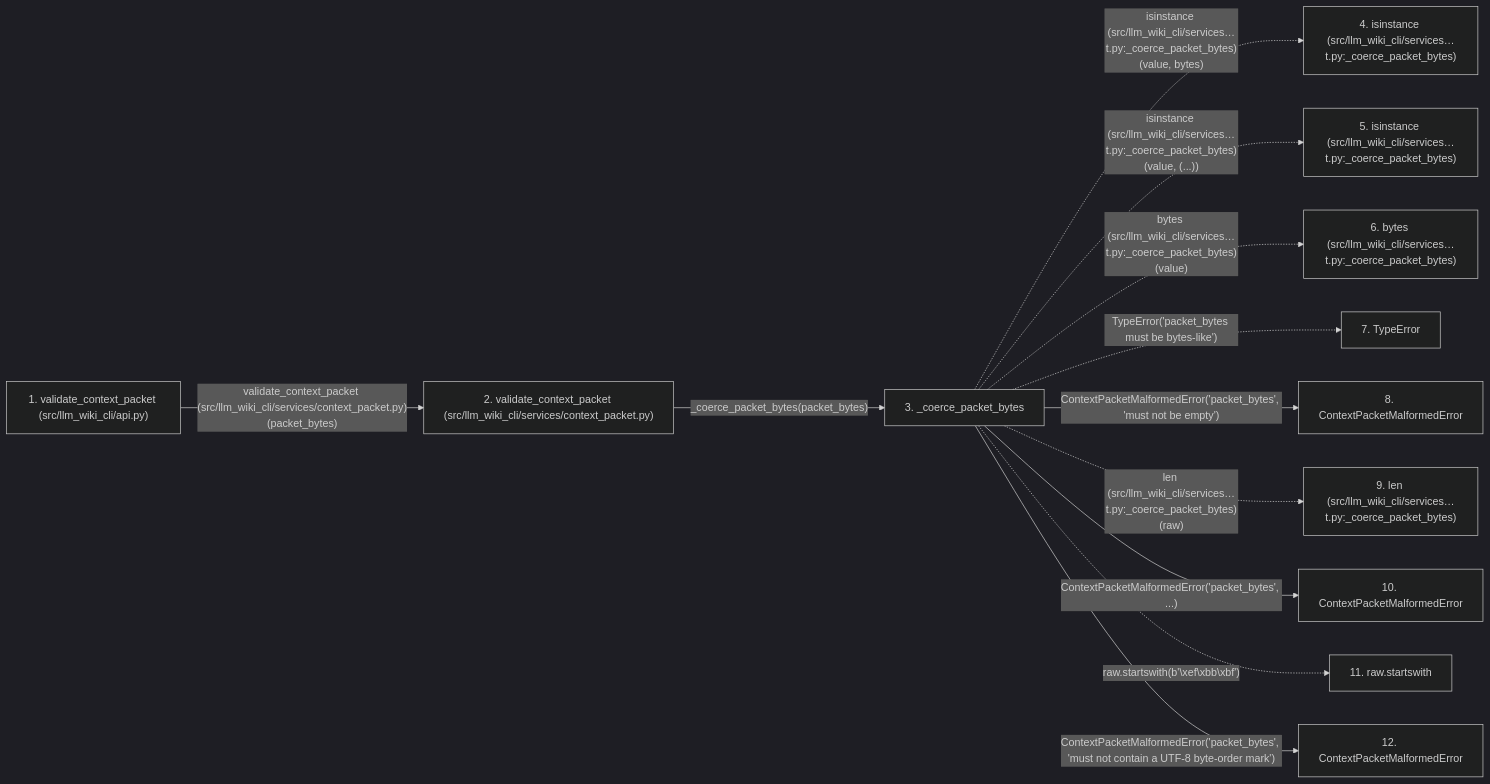
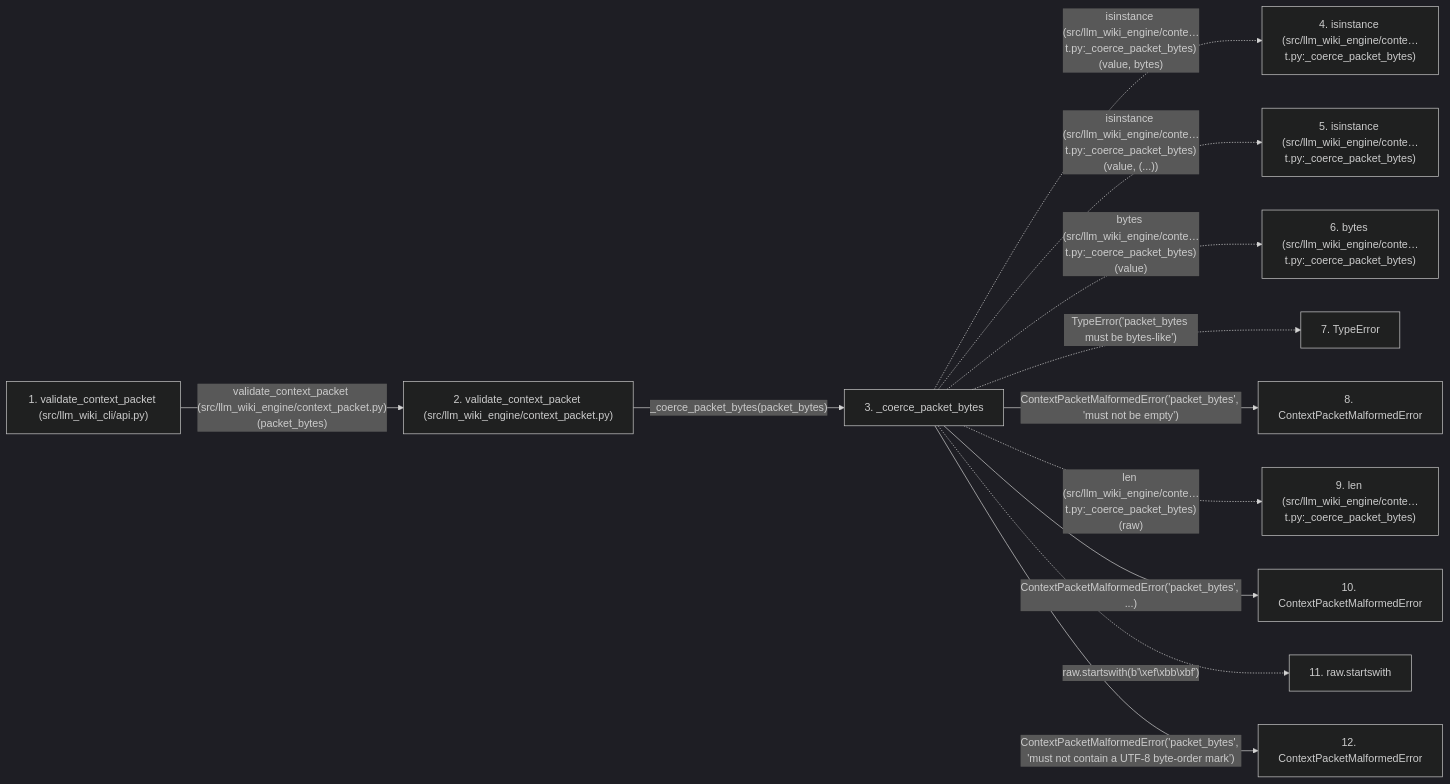
One commit to Denissvgn/python-wiki-llm changed the second of 2 diagrams in docs/llm_wiki/flows/api-validate_context_packet-api.md. Above: the diagram before and after it, drawn with Mermaid (dark theme). The commit also changed other lines of this file and 577 other files, not shown here.

Commit message:
docs: refresh the wiki for the engine context packet

````diff
--- a/docs/llm_wiki/flows/api-validate_context_packet-api.md
+++ b/docs/llm_wiki/flows/api-validate_context_packet-api.md
@@ -141,32 +141,32 @@
 ```mermaid
 flowchart LR
     s1["1. validate_context_packet (src/llm_wiki_cli/api.py)"]
-    s2["2. validate_context_packet (src/llm_wiki_cli/services/context_packet.py)"]
+    s2["2. validate_context_packet (src/llm_wiki_engine/context_packet.py)"]
     s3["3. _coerce_packet_bytes"]
-    s4["4. isinstance (src/llm_wiki_cli/services…t.py:_coerce_packet_bytes)"]
-    s5["5. isinstance (src/llm_wiki_cli/services…t.py:_coerce_packet_bytes)"]
-    s6["6. bytes (src/llm_wiki_cli/services…t.py:_coerce_packet_bytes)"]
+    s4["4. isinstance (src/llm_wiki_engine/conte…t.py:_coerce_packet_bytes)"]
+    s5["5. isinstance (src/llm_wiki_engine/conte…t.py:_coerce_packet_bytes)"]
+    s6["6. bytes (src/llm_wiki_engine/conte…t.py:_coerce_packet_bytes)"]
     s7["7. TypeError"]
     s8["8. ContextPacketMalformedError"]
-    s9["9. len (src/llm_wiki_cli/services…t.py:_coerce_packet_bytes)"]
+    s9["9. len (src/llm_wiki_engine/conte…t.py:_coerce_packet_bytes)"]
     s10["10. ContextPacketMalformedError"]
     s11["11. raw.startswith"]
     s12["12. ContextPacketMalformedError"]
-    s1 -->|"validate_context_packet (src/llm_wiki_cli/services/context_packet.py)(packet_bytes)"| s2
+    s1 -->|"validate_context_packet (src/llm_wiki_engine/context_packet.py)(packet_bytes)"| s2
     s2 -->|"_coerce_packet_bytes(packet_bytes)"| s3
-    s3 -. "isinstance (src/llm_wiki_cli/services…t.py:_coerce_packet_bytes)(value, bytes)" .-> s4
-    s3 -. "isinstance (src/llm_wiki_cli/services…t.py:_coerce_packet_bytes)(value, (...))" .-> s5
-    s3 -. "bytes (src/llm_wiki_cli/services…t.py:_coerce_packet_bytes)(value)" .-> s6
+    s3 -. "isinstance (src/llm_wiki_engine/conte…t.py:_coerce_packet_bytes)(value, bytes)" .-> s4
+    s3 -. "isinstance (src/llm_wiki_engine/conte…t.py:_coerce_packet_bytes)(value, (...))" .-> s5
+    s3 -. "bytes (src/llm_wiki_engine/conte…t.py:_coerce_packet_bytes)(value)" .-> s6
     s3 -. "TypeError('packet_bytes must be bytes-like')" .-> s7
     s3 -->|"ContextPacketMalformedError('packet_bytes', 'must not be empty')"| s8
-    s3 -. "len (src/llm_wiki_cli/services…t.py:_coerce_packet_bytes)(raw)" .-> s9
+    s3 -. "len (src/llm_wiki_engine/conte…t.py:_coerce_packet_bytes)(raw)" .-> s9
     s3 -->|"ContextPacketMalformedError('packet_bytes', ...)"| s10
     s3 -. "raw.startswith(b'\xef\xbb\xbf')" .-> s11
     s3 -->|"ContextPacketMalformedError('packet_bytes', 'must not contain a UTF-8 byte-order mark')"| s12
     click s1 "../modules/api.md"
     click s2 "../modules/context_packet.md"
     click s3 "../modules/context_packet.md"
     click s8 "../modules/context_packet.md"
     click s10 "../modules/context_packet.md"
     click s12 "../modules/context_packet.md"
 ```
````
